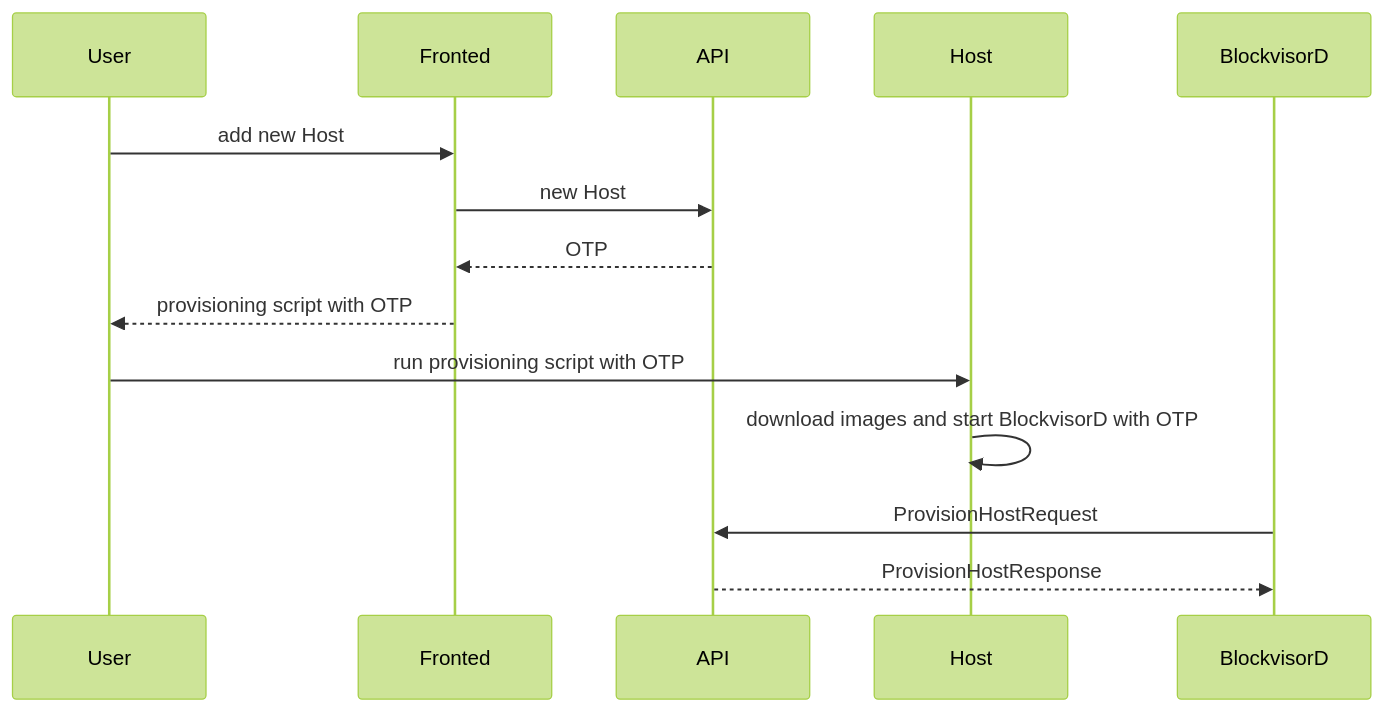
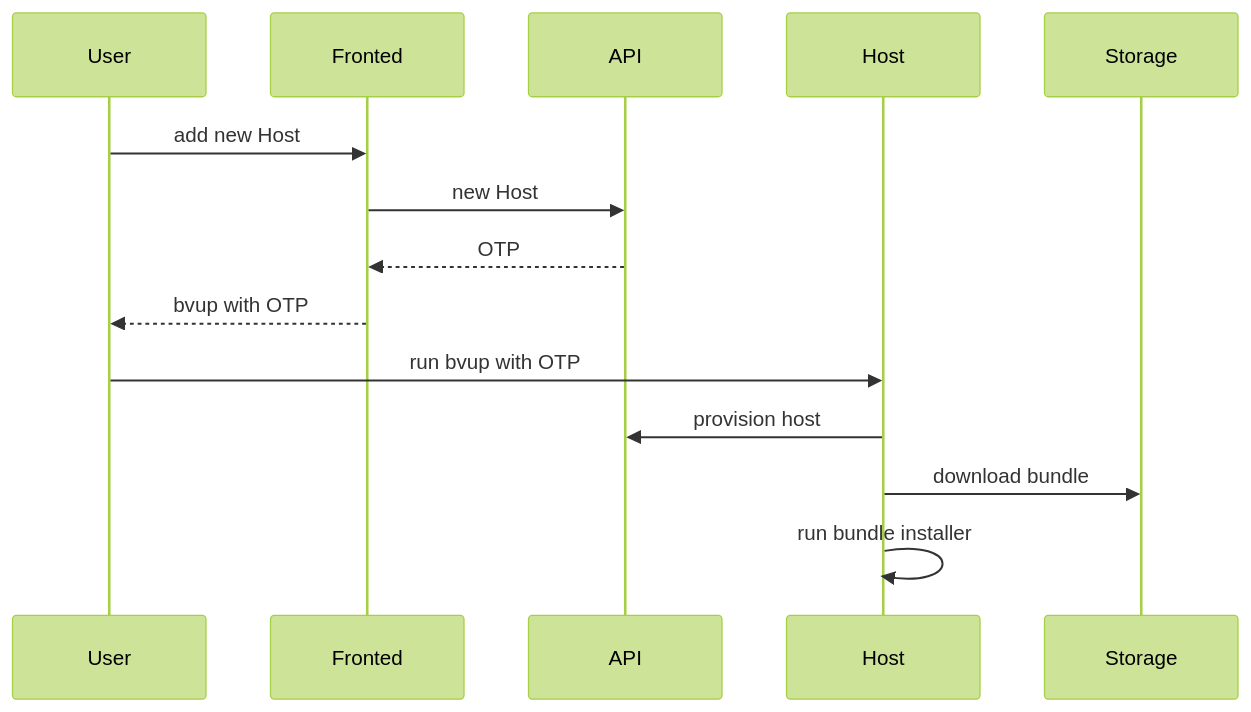
One commit to nodexeus/blockvisor changed the first of 7 diagrams in README.md. Above: the diagram before and after it, drawn with Mermaid (forest theme). The commit also changed other lines of this file and 3 other files, not shown here.

````diff
--- a/README.md
+++ b/README.md
@@ -37,17 +66,17 @@
 ```mermaid
 sequenceDiagram
     participant user as User
     participant frontend as Fronted
     participant backend as API
     participant host as Host
-    participant bv as BlockvisorD
+    participant storage as Storage
     
     user->>frontend: add new Host
     frontend->>backend: new Host
     backend-->>frontend: OTP
-    frontend-->>user: provisioning script with OTP
-    user->>host: run provisioning script with OTP
-    host->>host: download images and start BlockvisorD with OTP
-    bv->>backend: ProvisionHostRequest
-    backend-->>bv: ProvisionHostResponse
+    frontend-->>user: bvup with OTP
+    user->>host: run bvup with OTP
+    host->>backend: provision host
+    host->> storage: download bundle
+    host->>host: run bundle installer
 ```
````
